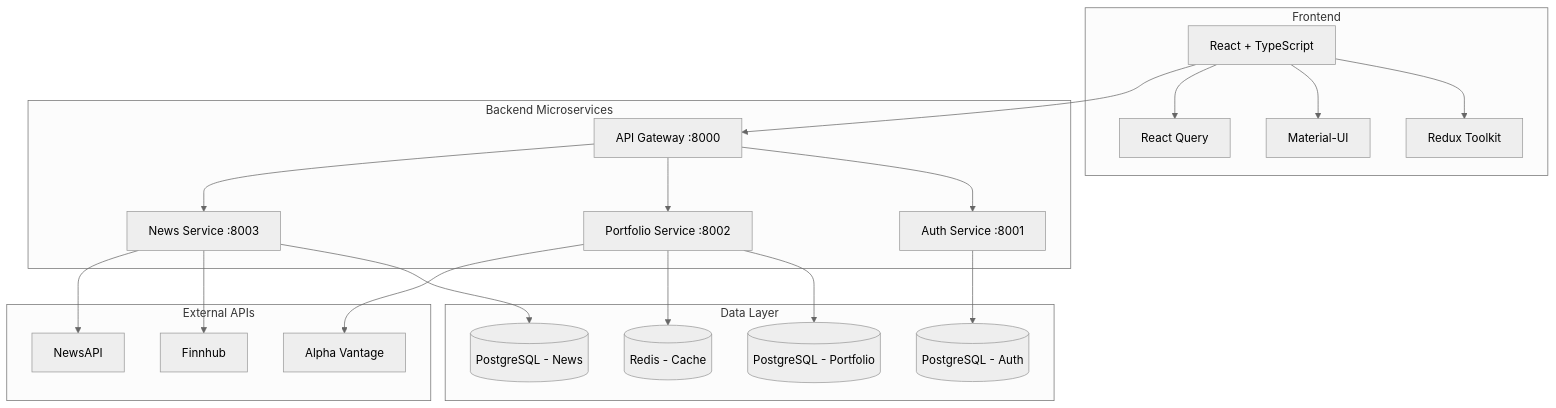
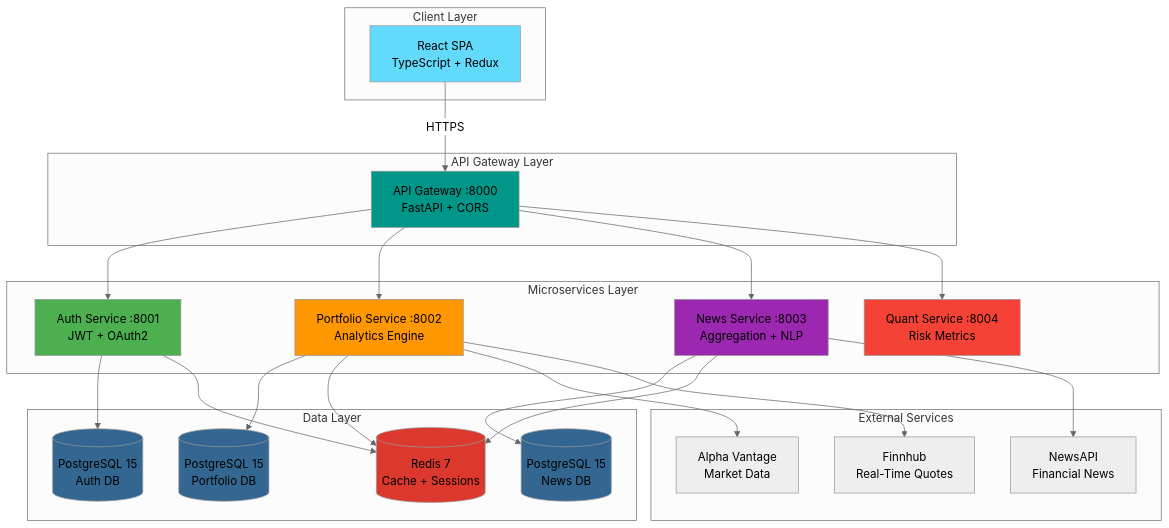
The diagram in README.md (Shashwat-Akhilesh-Shukla/FinTracker), drawn with Mermaid (neutral theme) before and after one commit. The commit also changed other lines of this file, not shown here.

````diff
--- a/README.md
+++ b/README.md
@@ -32,36 +97,59 @@
 ```mermaid
 graph TB
-    subgraph "Frontend"
-        A[React + TypeScript] --> B[Redux Toolkit]
-        A --> C[Material-UI]
-        A --> D[React Query]
+    subgraph "Client Layer"
+        A[React SPA<br/>TypeScript + Redux]
     end
     
-    subgraph "Backend Microservices"
-        E[API Gateway :8000] --> F[Auth Service :8001]
-        E --> G[Portfolio Service :8002]
-        E --> H[News Service :8003]
+    subgraph "API Gateway Layer"
+        B[API Gateway :8000<br/>FastAPI + CORS]
+    end
+    
+    subgraph "Microservices Layer"
+        C[Auth Service :8001<br/>JWT + OAuth2]
+        D[Portfolio Service :8002<br/>Analytics Engine]
+        E[News Service :8003<br/>Aggregation + NLP]
+        F[Quant Service :8004<br/>Risk Metrics]
     end
     
     subgraph "Data Layer"
-        I[(PostgreSQL - Auth)]
-        J[(PostgreSQL - Portfolio)]
-        K[(PostgreSQL - News)]
-        L[(Redis - Cache)]
+        G[(PostgreSQL 15<br/>Auth DB)]
+        H[(PostgreSQL 15<br/>Portfolio DB)]
+        I[(PostgreSQL 15<br/>News DB)]
+        J[(Redis 7<br/>Cache + Sessions)]
     end
     
-    subgraph "External APIs"
-        M[Alpha Vantage]
-        N[Finnhub]
-        O[NewsAPI]
+    subgraph "External Services"
+        K[Alpha Vantage<br/>Market Data]
+        L[Finnhub<br/>Real-Time Quotes]
+        M[NewsAPI<br/>Financial News]
     end
     
-    A --> E
-    F --> I
-    G --> J
-    H --> K
-    G --> L
-    G --> M
-    H --> N
-    H --> O
+    A -->|HTTPS| B
+    B --> C
+    B --> D
+    B --> E
+    B --> F
+    
+    C --> G
+    D --> H
+    E --> I
+    
+    C --> J
+    D --> J
+    E --> J
+    
+    D --> K
+    D --> L
+    E --> M
+    
+    style A fill:#61DAFB
+    style B fill:#009688
+    style C fill:#4CAF50
+    style D fill:#FF9800
+    style E fill:#9C27B0
+    style F fill:#F44336
+    style G fill:#336791
+    style H fill:#336791
+    style I fill:#336791
+    style J fill:#DC382D
 ```
````
